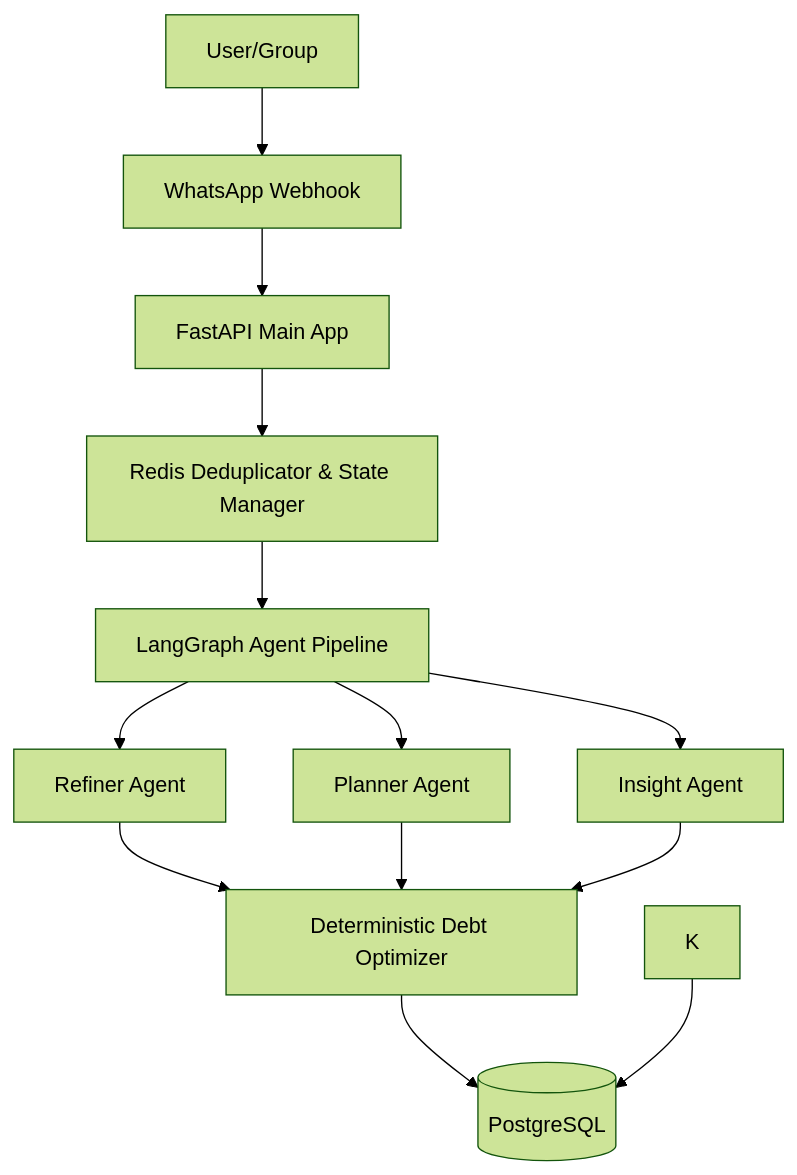
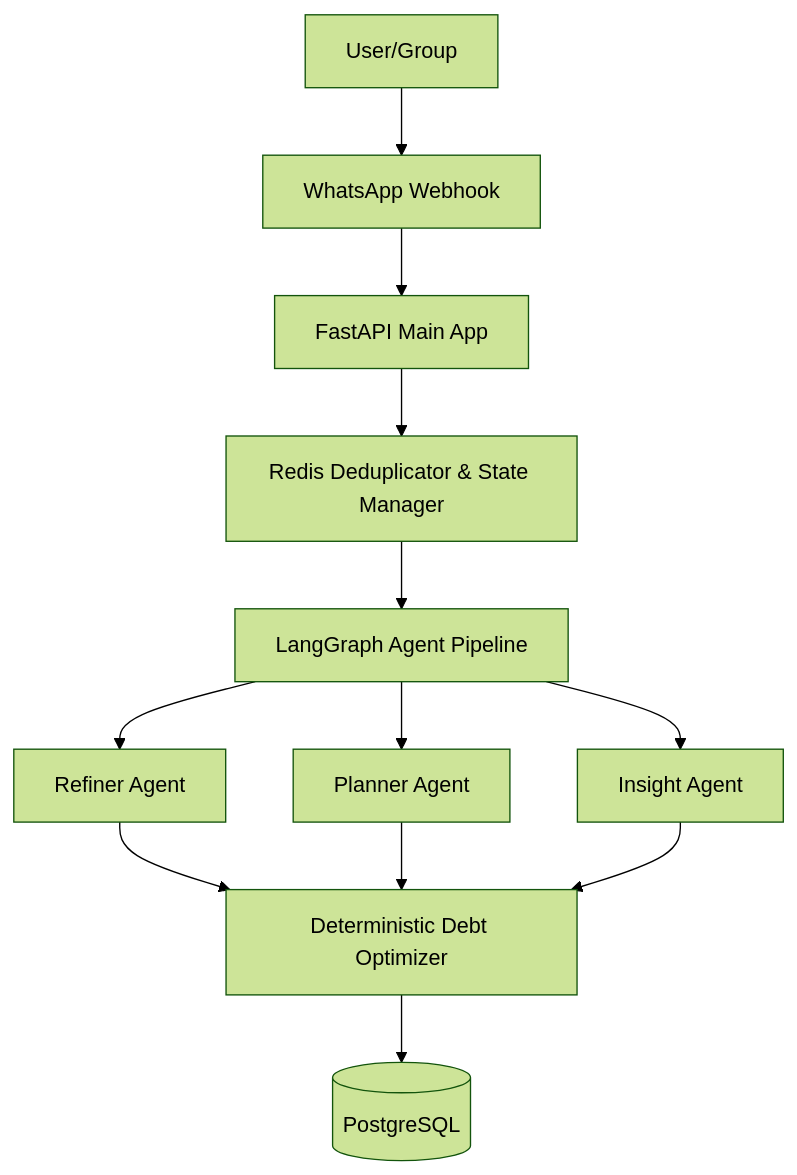
Before and after one commit to Samiksha-Lohia/KharchaSaathi: the second of 3 diagrams in README.md, drawn with Mermaid (forest theme).

Commit message:
Readme Updated

````diff
--- a/README.md
+++ b/README.md
@@ -94,14 +94,13 @@
 ```mermaid
 flowchart TD
 
 A[User/Group] --> B[WhatsApp Webhook]
 B --> C[FastAPI Main App]
 C --> D[Redis Deduplicator & State Manager]
 D --> E[LangGraph Agent Pipeline]
 E --> F[Refiner Agent]
 E --> G[Planner Agent]
 E --> H[Insight Agent]
 F & G & H --> I[Deterministic Debt Optimizer]
 I --> J[(PostgreSQL)]
-K --> J
 ```
````
